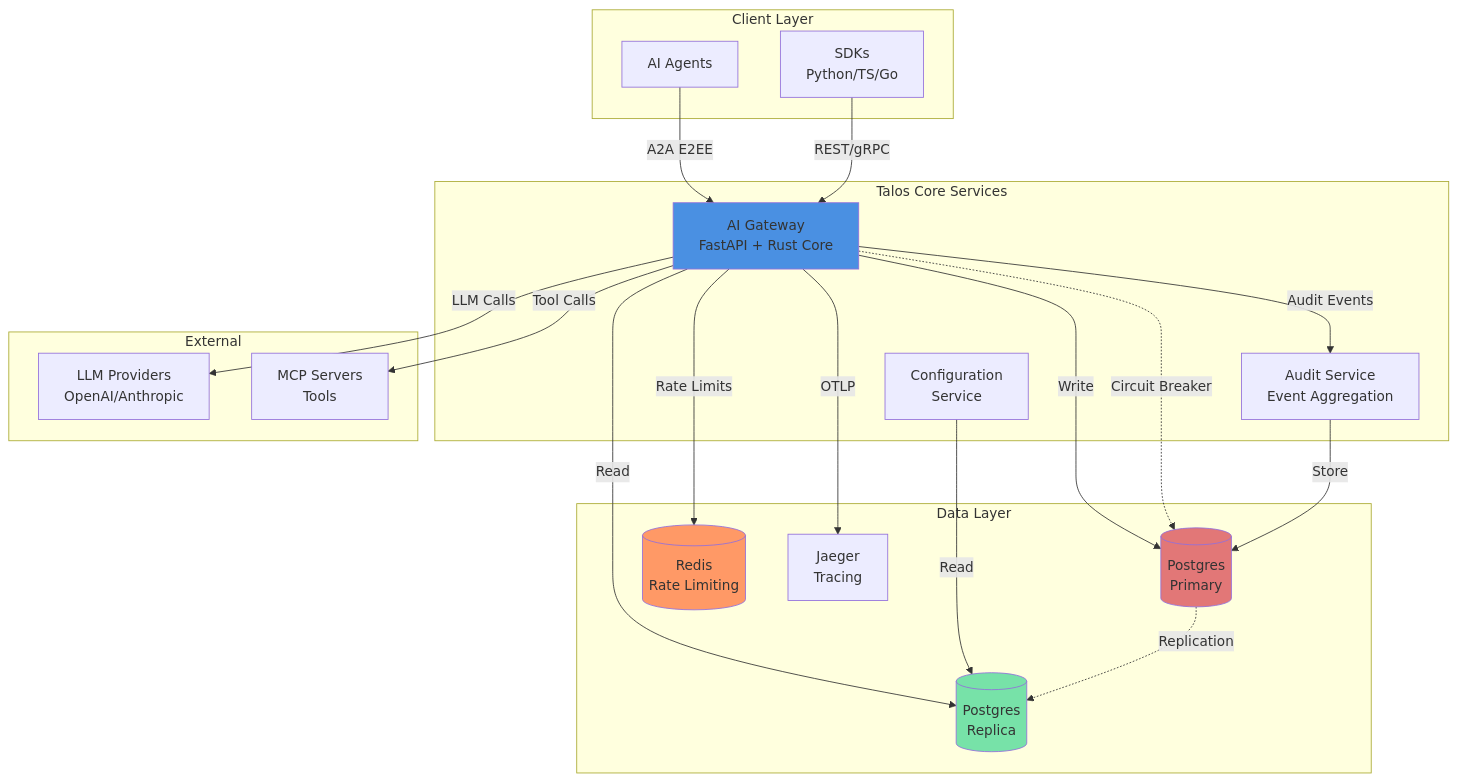
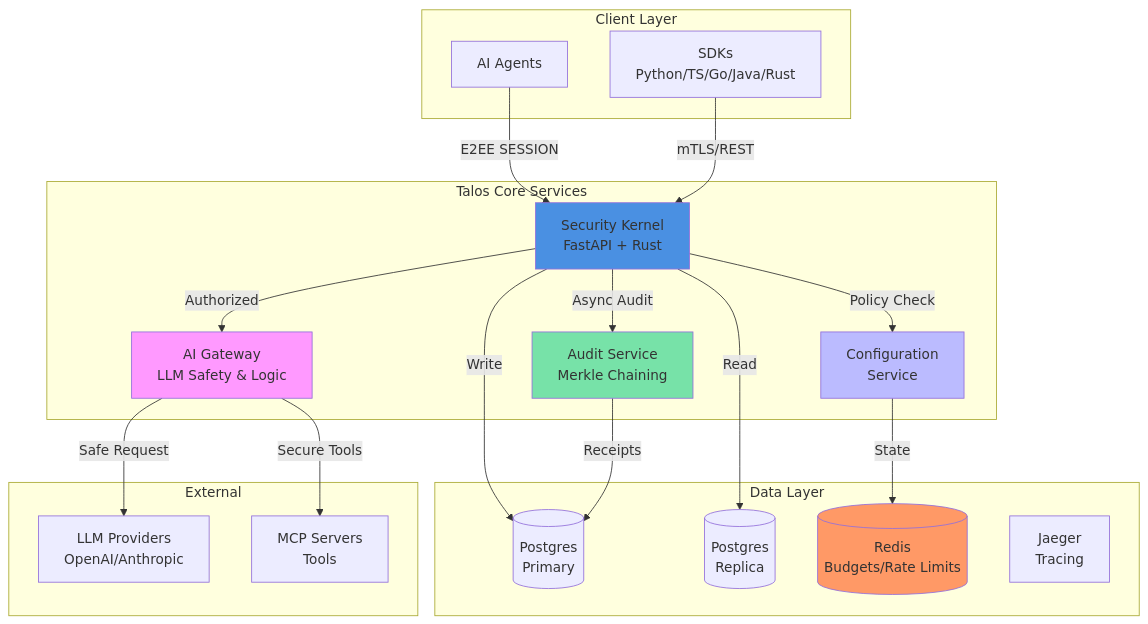
Before and after one commit to talosprotocol/talos: the diagram in README.md, drawn with Mermaid. The commit also changed other lines of this file and 1 other file, not shown here.

Commit message:
Harmonization: Align README and diagrams with Phase 15 state

````diff
--- a/README.md
+++ b/README.md
@@ -42,46 +42,45 @@
 ```mermaid
 graph TB
     subgraph "Client Layer"
         Agent[AI Agents]
-        SDK[SDKs<br/>Python/TS/Go]
+        SDK[SDKs<br/>Python/TS/Go/Java/Rust]
     end
 
     subgraph "Talos Core Services"
-        Gateway[AI Gateway<br/>FastAPI + Rust Core]
-        Audit[Audit Service<br/>Event Aggregation]
+        Gateway[AI Gateway<br/>LLM Safety & Logic]
+        Audit[Audit Service<br/>Merkle Chaining]
         Config[Configuration<br/>Service]
+        Core[Security Kernel<br/>FastAPI + Rust]
     end
 
     subgraph "Data Layer"
         PG_Primary[(Postgres<br/>Primary)]
         PG_Replica[(Postgres<br/>Replica)]
-        Redis[(Redis<br/>Rate Limiting)]
+        Redis[(Redis<br/>Budgets/Rate Limits)]
         Jaeger[Jaeger<br/>Tracing]
     end
 
     subgraph "External"
         LLM[LLM Providers<br/>OpenAI/Anthropic]
         MCP[MCP Servers<br/>Tools]
     end
 
-    Agent -->|A2A E2EE| Gateway
-    SDK -->|REST/gRPC| Gateway
-    Gateway -->|Write| PG_Primary
-    Gateway -->|Read| PG_Replica
-    Gateway -.->|Circuit Breaker| PG_Primary
-    Gateway -->|Rate Limits| Redis
-    Gateway -->|OTLP| Jaeger
-    Gateway -->|Audit Events| Audit
-    Gateway -->|LLM Calls| LLM
-    Gateway -->|Tool Calls| MCP
+    Agent -->|E2EE SESSION| Core
+    SDK -->|mTLS/REST| Core
+    Core -->|Policy Check| Config
+    Core -->|Async Audit| Audit
+    Core -->|Authorized| Gateway
+    Gateway -->|Safe Request| LLM
+    Gateway -->|Secure Tools| MCP
 
-    Audit -->|Store| PG_Primary
-    Config -->|Read| PG_Replica
+    Core -->|Write| PG_Primary
+    Core -->|Read| PG_Replica
+    Config -->|State| Redis
+    Audit -->|Receipts| PG_Primary
 
-    PG_Primary -.->|Replication| PG_Replica
-
-    style Gateway fill:#4a90e2
-    style PG_Primary fill:#e27777
-    style PG_Replica fill:#77e2a8
+    style Core fill:#4a90e2
+    style Gateway fill:#f9f
+    style Config fill:#bbf
+    style Audit fill:#77e2a8
     style Redis fill:#ff9966
 ```
````
